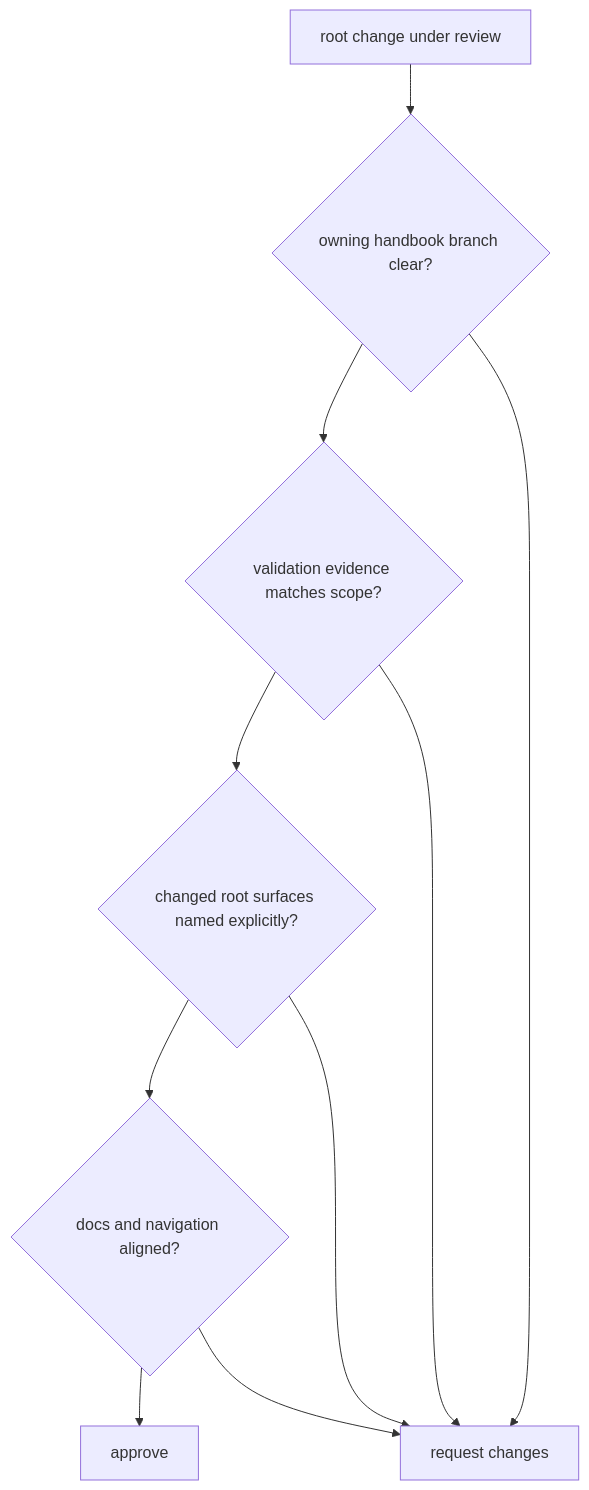
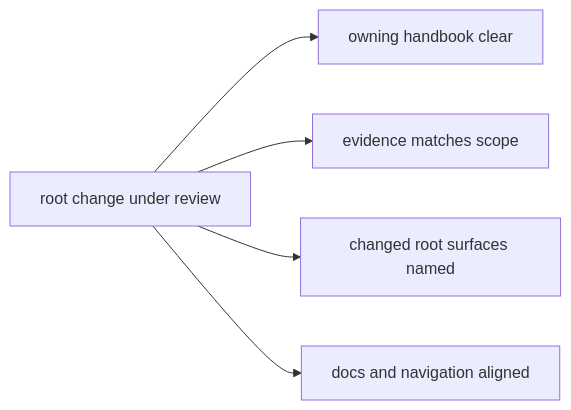
One commit to bijux/bijux-cli changed the diagram in docs/bijux-core/operations/review-expectations.md. Above: the diagram before and after it, drawn with Mermaid. The commit also changed other lines of this file, not shown here.

Commit message:
docs(core-operations): clarify review expectations

````diff
--- a/docs/bijux-core/operations/review-expectations.md
+++ b/docs/bijux-core/operations/review-expectations.md
@@ -15,12 +20,7 @@
 ```mermaid
-flowchart TD
-    review[root change under review] --> owner{owning handbook branch clear?}
-    owner --> evidence{validation evidence matches scope?}
-    evidence --> surfaces{changed root surfaces named explicitly?}
-    surfaces --> docs{docs and navigation aligned?}
-    docs --> approve[approve]
-    owner --> request[request changes]
-    evidence --> request
-    surfaces --> request
-    docs --> request
+flowchart LR
+    review["root change under review"] --> owner["owning handbook clear"]
+    review --> evidence["evidence matches scope"]
+    review --> surfaces["changed root surfaces named"]
+    review --> docs["docs and navigation aligned"]
 ```
````
